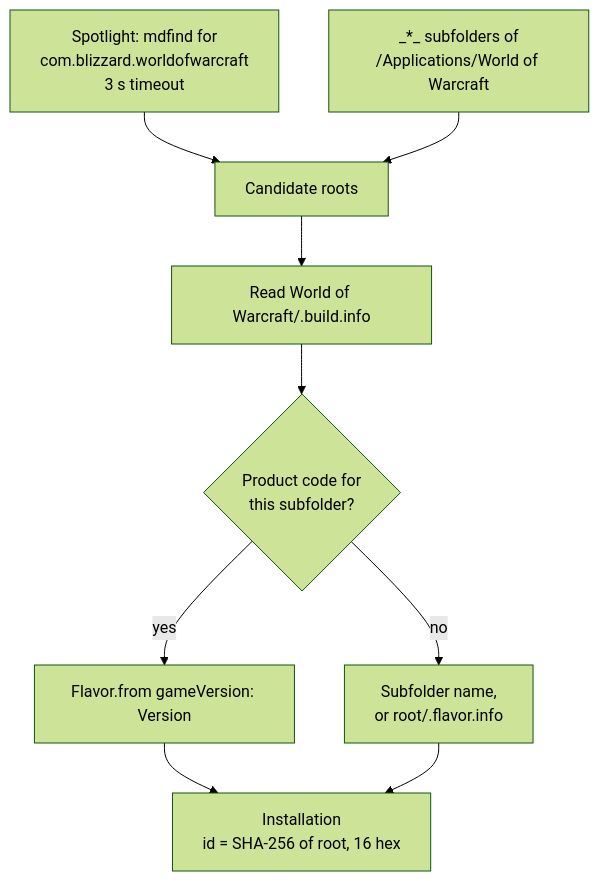
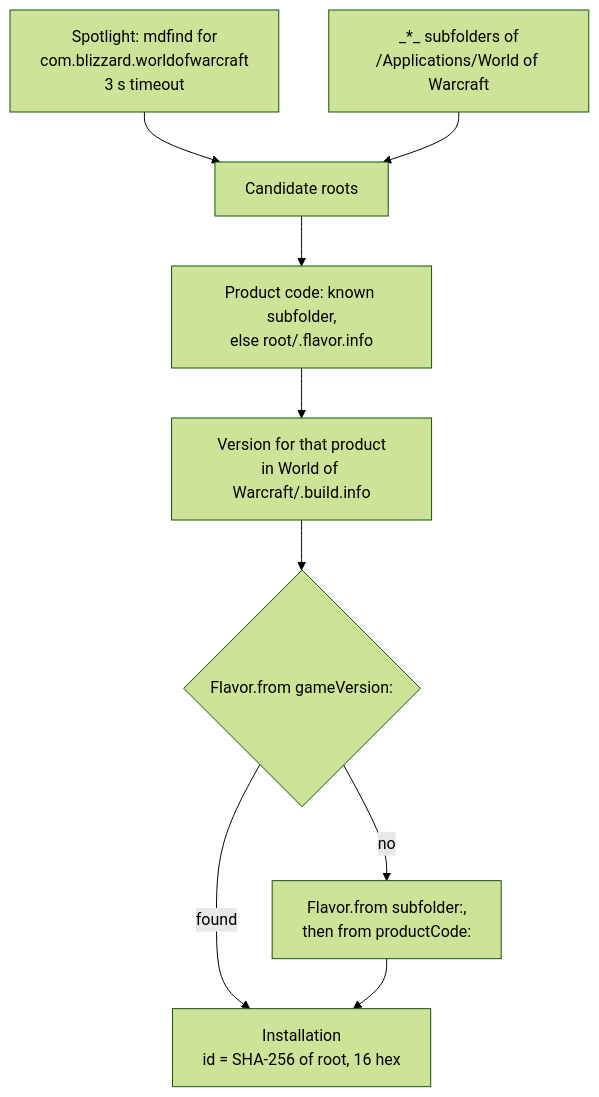
One commit to miotke/reload changed the diagram in docs/features/finding-wow.md. Above: the diagram before and after it, drawn with Mermaid (forest theme). The commit also changed other lines of this file and 15 other files, not shown here.

````diff
--- a/docs/features/finding-wow.md
+++ b/docs/features/finding-wow.md
@@ -9,11 +9,11 @@
 ```mermaid
 flowchart TD
     A[Spotlight: mdfind for<br/>com.blizzard.worldofwarcraft<br/>3 s timeout] --> C[Candidate roots]
     B[_*_ subfolders of<br/>/Applications/World of Warcraft] --> C
-    C --> D[Read World of Warcraft/.build.info]
-    D --> E{Product code for<br/>this subfolder?}
-    E -- yes --> F[Flavor.from gameVersion: Version]
-    E -- no --> G[Subfolder name,<br/>or root/.flavor.info]
-    F --> H[Installation<br/>id = SHA-256 of root, 16 hex]
+    C --> P[Product code: known subfolder,<br/>else root/.flavor.info]
+    P --> D[Version for that product<br/>in World of Warcraft/.build.info]
+    D --> F{Flavor.from gameVersion:}
+    F -- found --> H[Installation<br/>id = SHA-256 of root, 16 hex]
+    F -- no --> G[Flavor.from subfolder:,<br/>then from productCode:]
     G --> H
 ```
````
